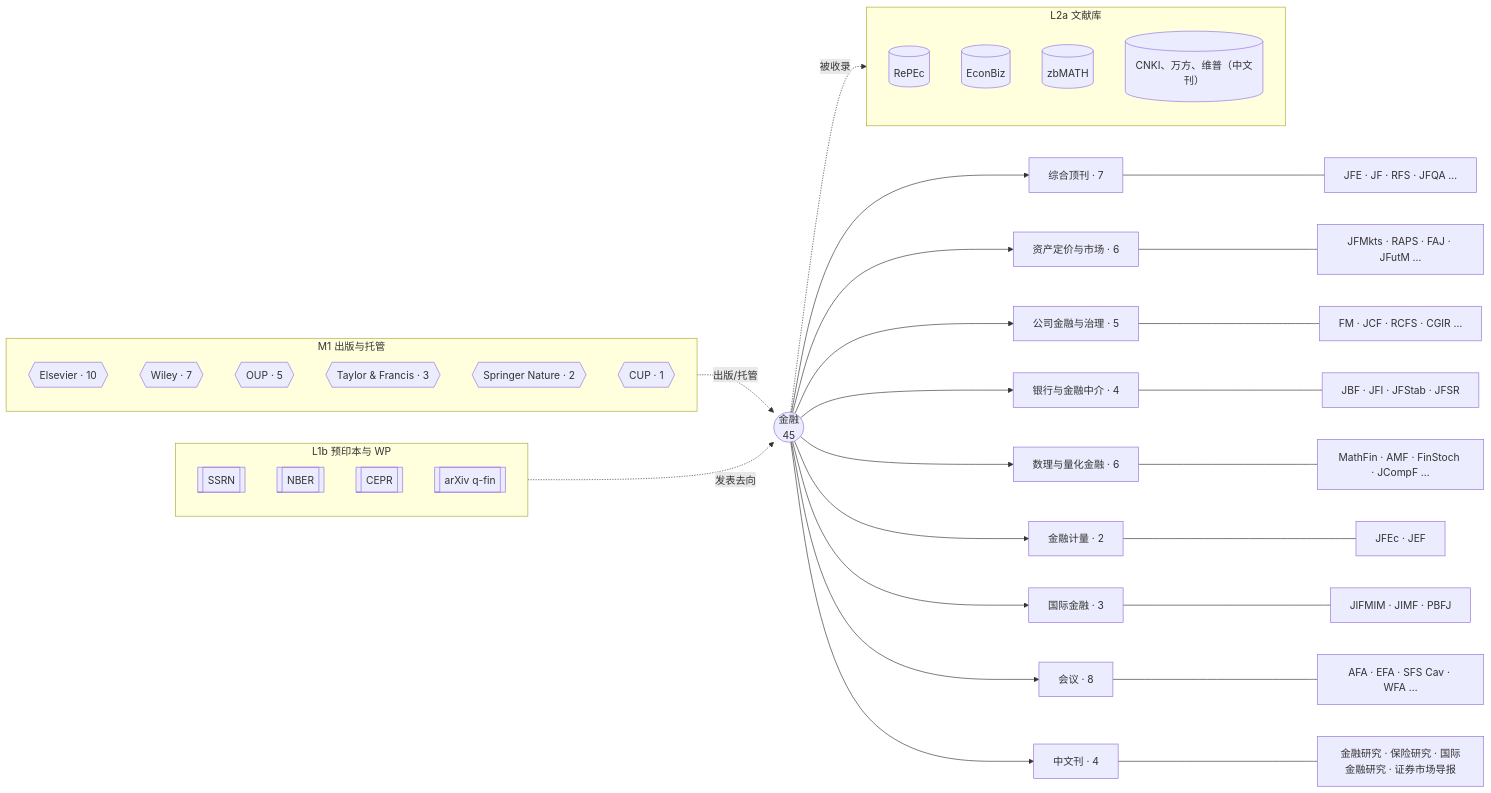
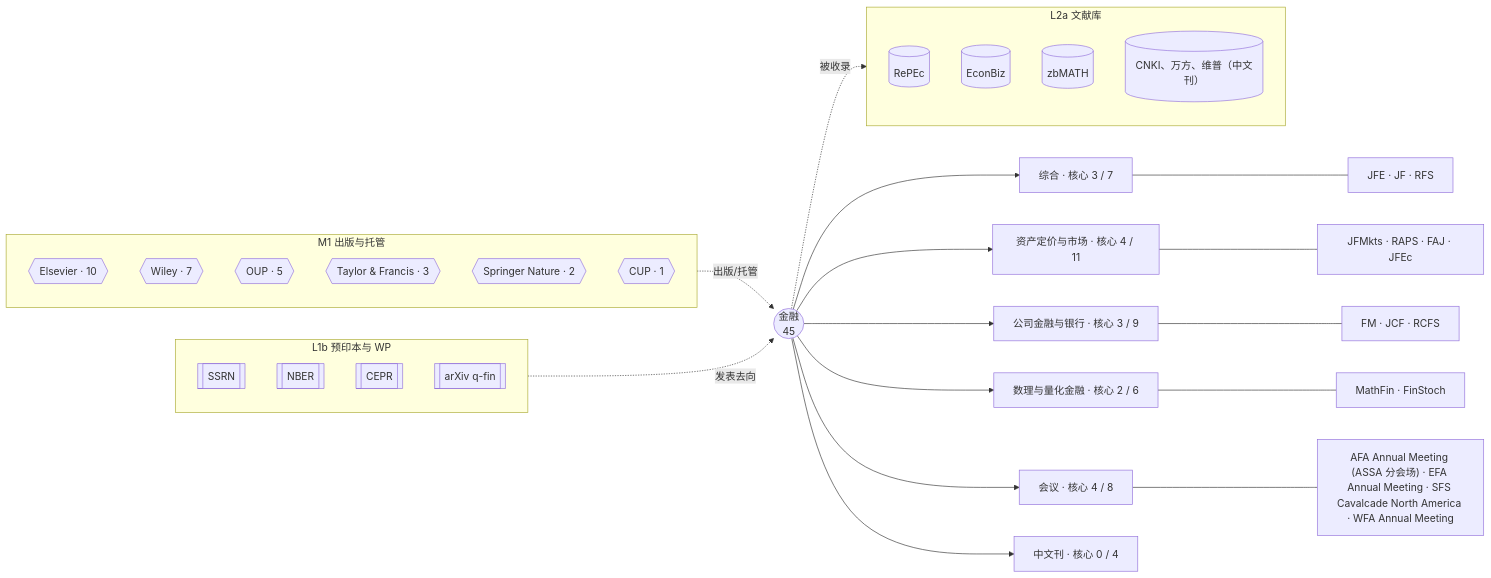
Before and after one commit to yhyfhgs/Confluo: the diagram in docs/catalog/venues/finance.md, drawn with Mermaid. The commit also changed other lines of this file and 21 other files, not shown here.

````diff
--- a/docs/catalog/venues/finance.md
+++ b/docs/catalog/venues/finance.md
@@ -14,45 +14,38 @@
 ```mermaid
 flowchart LR
   D(("金融<br/>45"))
-  D --> S0["综合顶刊 · 7"]
-  S0 --- V0["JFE · JF · RFS · JFQA …"]
-  D --> S1["资产定价与市场 · 6"]
-  S1 --- V1["JFMkts · RAPS · FAJ · JFutM …"]
-  D --> S2["公司金融与治理 · 5"]
-  S2 --- V2["FM · JCF · RCFS · CGIR …"]
-  D --> S3["银行与金融中介 · 4"]
-  S3 --- V3["JBF · JFI · JFStab · JFSR"]
-  D --> S4["数理与量化金融 · 6"]
-  S4 --- V4["MathFin · AMF · FinStoch · JCompF …"]
-  D --> S5["金融计量 · 2"]
-  S5 --- V5["JFEc · JEF"]
-  D --> S6["国际金融 · 3"]
-  S6 --- V6["JIFMIM · JIMF · PBFJ"]
-  D --> S7["会议 · 8"]
-  S7 --- V7["AFA · EFA · SFS Cav · WFA …"]
-  D --> SCN["中文刊 · 4"]
-  SCN --- VCN["金融研究 · 保险研究 · 国际金融研究 · 证券市场导报"]
+  D --> S0["综合 · 核心 3 / 7"]
+  S0 --- V0["JFE · JF · RFS"]
+  D --> S1["资产定价与市场 · 核心 4 / 11"]
+  S1 --- V1["JFMkts · RAPS · FAJ · JFEc"]
+  D --> S2["公司金融与银行 · 核心 3 / 9"]
+  S2 --- V2["FM · JCF · RCFS"]
+  D --> S3["数理与量化金融 · 核心 2 / 6"]
+  S3 --- V3["MathFin · FinStoch"]
+  D --> S4["会议 · 核心 4 / 8"]
+  S4 --- V4["AFA Annual Meeting (ASSA 分会场) · EFA Annual Meeting · SFS Cavalcade North America · WFA Annual Meeting"]
+  D --> SCN["中文刊 · 核心 0 / 4"]
   subgraph M1["M1 出版与托管"]
     P0{{"Elsevier · 10"}}
     P1{{"Wiley · 7"}}
     P2{{"OUP · 5"}}
     P3{{"Taylor & Francis · 3"}}
     P4{{"Springer Nature · 2"}}
     P5{{"CUP · 1"}}
   end
   M1 -. 出版/托管 .-> D
   subgraph L2A["L2a 文献库"]
     A0[("RePEc")]
     A1[("EconBiz")]
     A2[("zbMATH")]
     A3[("CNKI、万方、维普（中文刊）")]
   end
   D -. 被收录 .-> L2A
   subgraph L1B["L1b 预印本与 WP"]
     B0[["SSRN"]]
     B1[["NBER"]]
     B2[["CEPR"]]
     B3[["arXiv q-fin"]]
   end
   L1B -. 发表去向 .-> D
 ```
````
